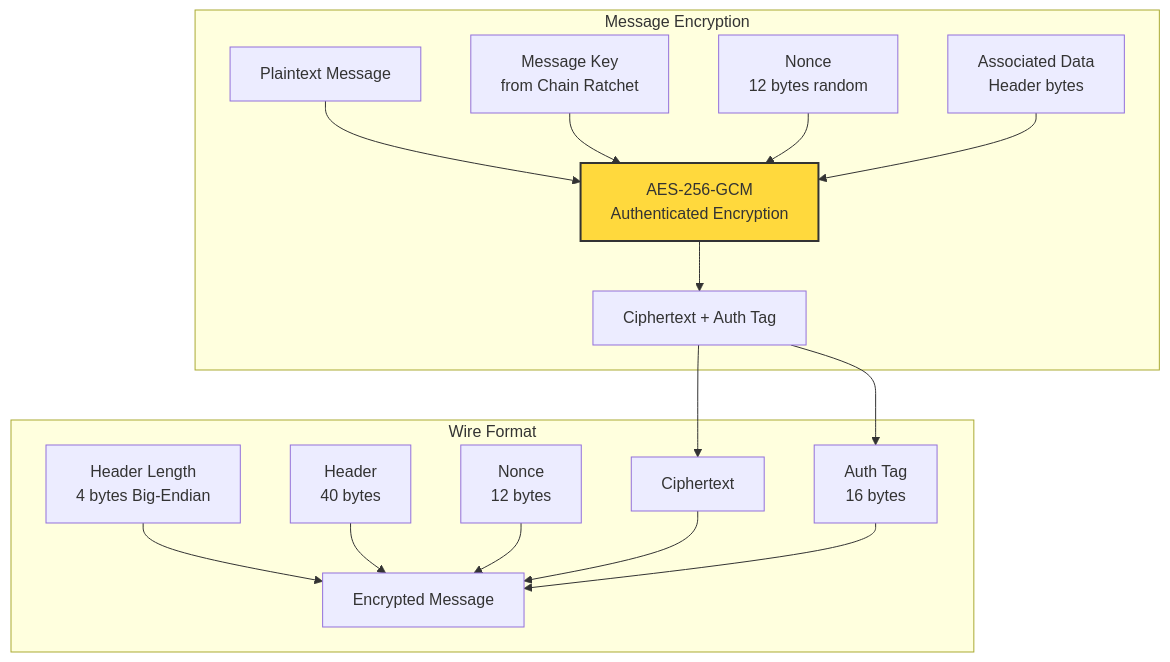
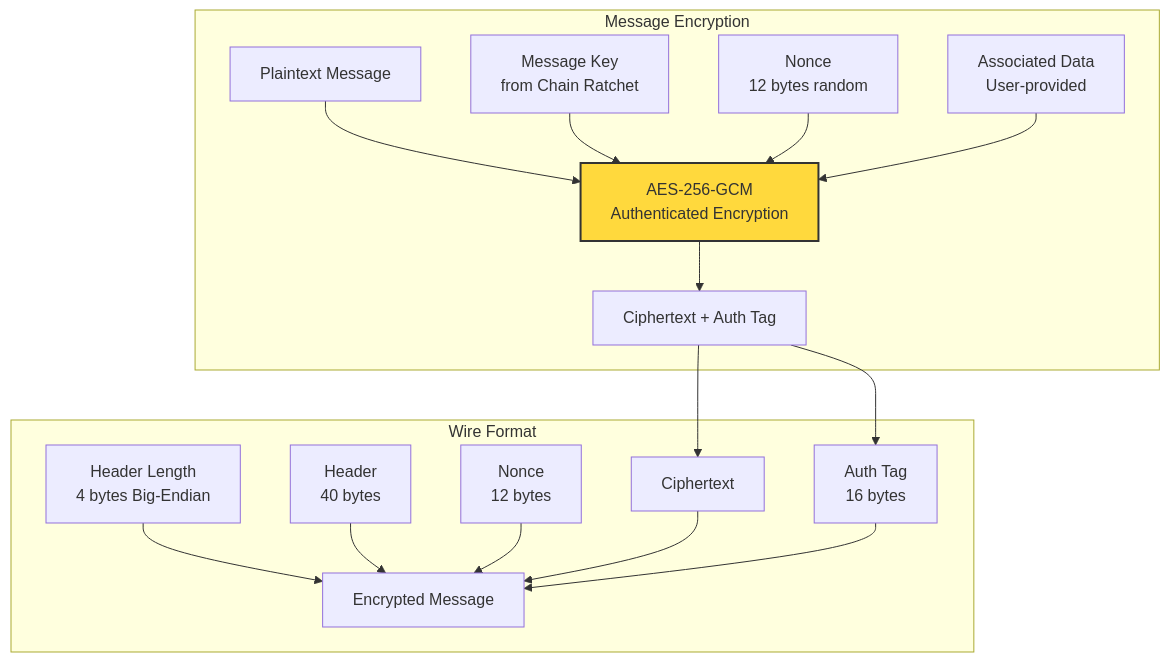
The eighth of 17 diagrams in docs/ENCRYPTION_ARCHITECTURE.md (guardyn/guardyn), drawn with Mermaid before and after one commit. The commit also changed other lines of this file, not shown here.

Commit message:
docs: update AAD description in encryption architecture
Clarify that the associated data (AAD) parameter is user-provided
and not automatically derived from the header. This change enhances
the documentation by specifying recommended AAD values for
encryption and decryption processes.

````diff
--- a/docs/ENCRYPTION_ARCHITECTURE.md
+++ b/docs/ENCRYPTION_ARCHITECTURE.md
@@ -359,35 +359,35 @@
 ```mermaid
 graph TB
     subgraph "Message Encryption"
         PT[Plaintext Message]
         MK[Message Key<br/>from Chain Ratchet]
         NONCE[Nonce<br/>12 bytes random]
-        AAD[Associated Data<br/>Header bytes]
+        AAD[Associated Data<br/>User-provided]
 
         PT --> AES[AES-256-GCM<br/>Authenticated Encryption]
         MK --> AES
         NONCE --> AES
         AAD --> AES
 
         AES --> CT[Ciphertext + Auth Tag]
     end
 
     subgraph "Wire Format"
         HDR_LEN[Header Length<br/>4 bytes Big-Endian]
         HDR[Header<br/>40 bytes]
         WIRE_NONCE[Nonce<br/>12 bytes]
         CIPHER[Ciphertext]
         TAG[Auth Tag<br/>16 bytes]
 
         HDR_LEN --> MSG[Encrypted Message]
         HDR --> MSG
         WIRE_NONCE --> MSG
         CIPHER --> MSG
         TAG --> MSG
     end
 
     CT --> CIPHER
     CT --> TAG
 
     style AES fill:#FFD93D,stroke:#333,stroke-width:2px
 ```
````
